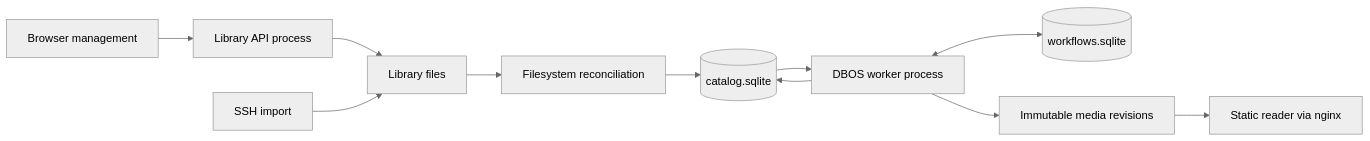
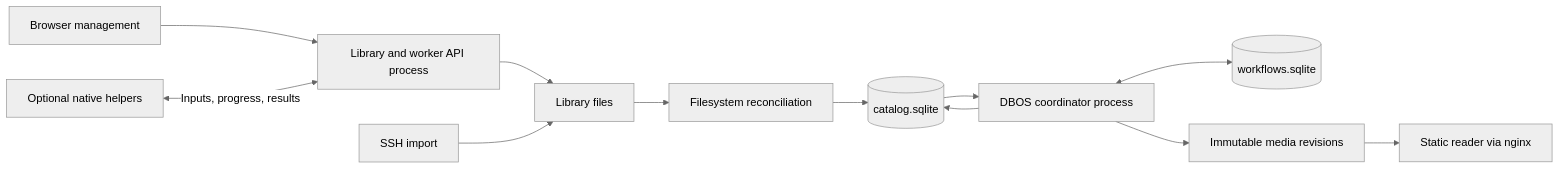
Before and after one commit to laser-turtle/video-to-website: the diagram in ARCHITECTURE.md, drawn with Mermaid (neutral theme). The commit also changed other lines of this file and 58 other files, not shown here.

````diff
--- a/ARCHITECTURE.md
+++ b/ARCHITECTURE.md
@@ -10,13 +12,14 @@
 ```mermaid
 flowchart LR
-    UI[Browser management] --> API[Library API process]
+    UI[Browser management] --> API[Library and worker API process]
+    Helper[Optional native helpers] <-->|Inputs, progress, results| API
     API --> L[Library files]
     SSH[SSH import] --> L
     L --> Scanner[Filesystem reconciliation]
     Scanner --> Catalog[(catalog.sqlite)]
-    Catalog --> Worker[DBOS worker process]
+    Catalog --> Worker[DBOS coordinator process]
     Worker <--> DBOS[(workflows.sqlite)]
     Worker --> Revisions[Immutable media revisions]
     Revisions --> Reader[Static reader via nginx]
     Worker --> Catalog
 ```
````
